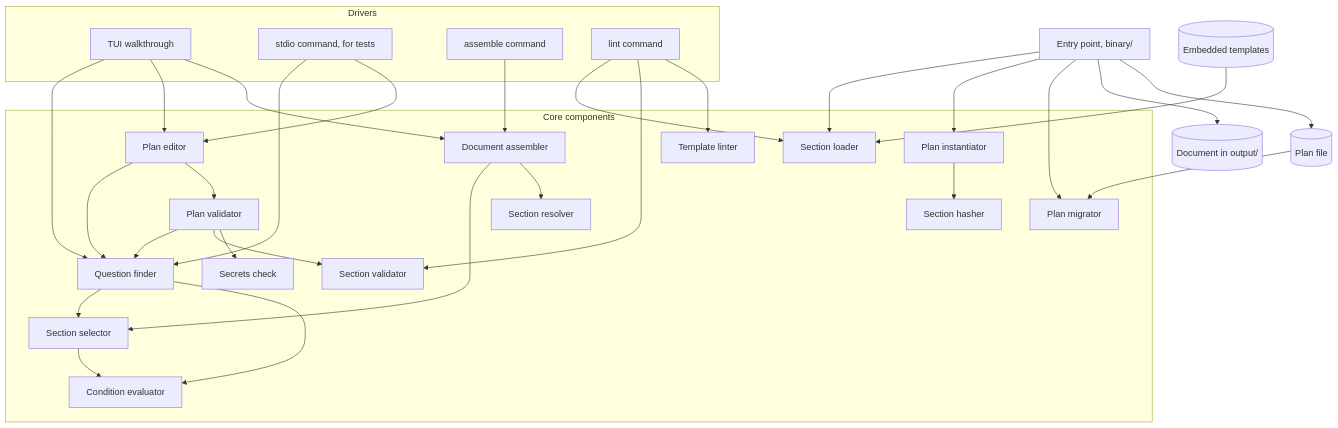
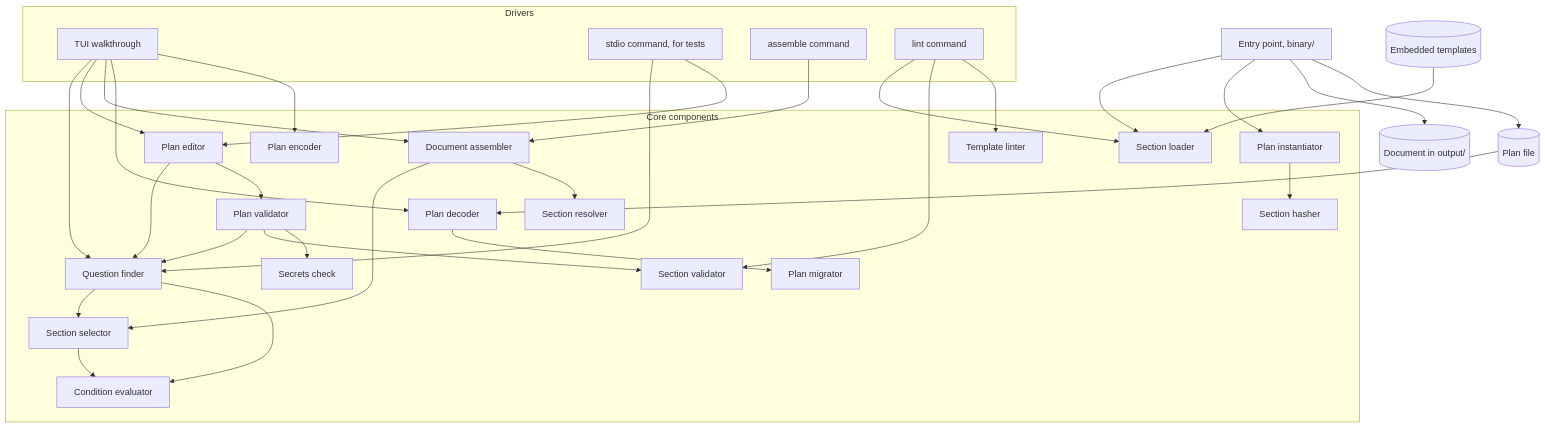
Before and after one commit to 8thlight-daveloper/onboard-kit: the diagram in docs/architecture/components.md, drawn with Mermaid. The commit also changed other lines of this file and 10 other files, not shown here.

Commit message:
Add the plan decoder and encoder, make the loader take bytes, and write the domain model

````diff
--- a/docs/architecture/components.md
+++ b/docs/architecture/components.md
@@ -9,63 +9,67 @@
 ```mermaid
 flowchart TB
     subgraph drivers["Drivers"]
         tui["TUI walkthrough"]
         stdio["stdio command, for tests"]
         assemble_command["assemble command"]
         lint_command["lint command"]
     end
 
     entry["Entry point, binary/"]
 
     subgraph core["Core components"]
         finder["Question finder"]
         validator["Plan validator"]
         editor["Plan editor"]
         assembler["Document assembler"]
         instantiator["Plan instantiator"]
         migrator["Plan migrator"]
+        decoder["Plan decoder"]
+        encoder["Plan encoder"]
         loader["Section loader"]
         selector["Section selector"]
         evaluator["Condition evaluator"]
         resolver["Section resolver"]
         hasher["Section hasher"]
         sectionvalidator["Section validator"]
         linter["Template linter"]
         secrets["Secrets check"]
     end
 
     templates[("Embedded templates")]
     planfile[("Plan file")]
     document[("Document in output/")]
 
     tui --> finder
     tui --> editor
     tui --> assembler
     stdio --> finder
     stdio --> editor
     assemble_command --> assembler
     lint_command --> loader
     lint_command --> sectionvalidator
     lint_command --> linter
 
     finder --> selector
     finder --> evaluator
     selector --> evaluator
     validator --> finder
     validator --> sectionvalidator
     validator --> secrets
     editor --> finder
     editor --> validator
     assembler --> selector
     assembler --> resolver
     instantiator --> hasher
 
     entry --> loader
     entry --> instantiator
-    entry --> migrator
 
     templates --> loader
-    planfile --> migrator
+    planfile --> decoder
+    decoder --> migrator
+    tui --> decoder
+    tui --> encoder
     entry --> document
     entry --> planfile
 ```
````
